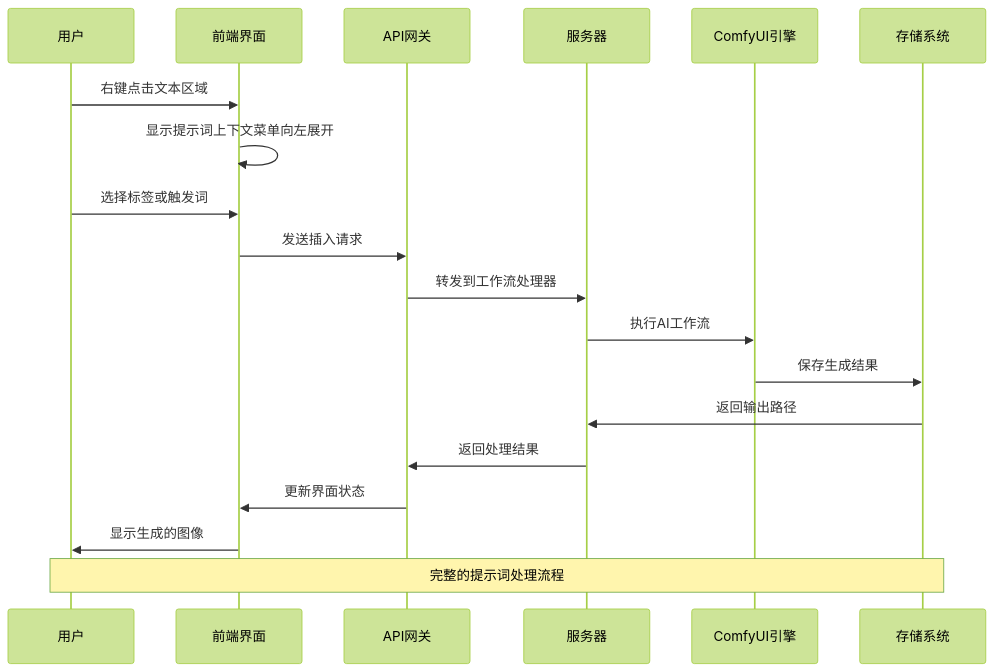
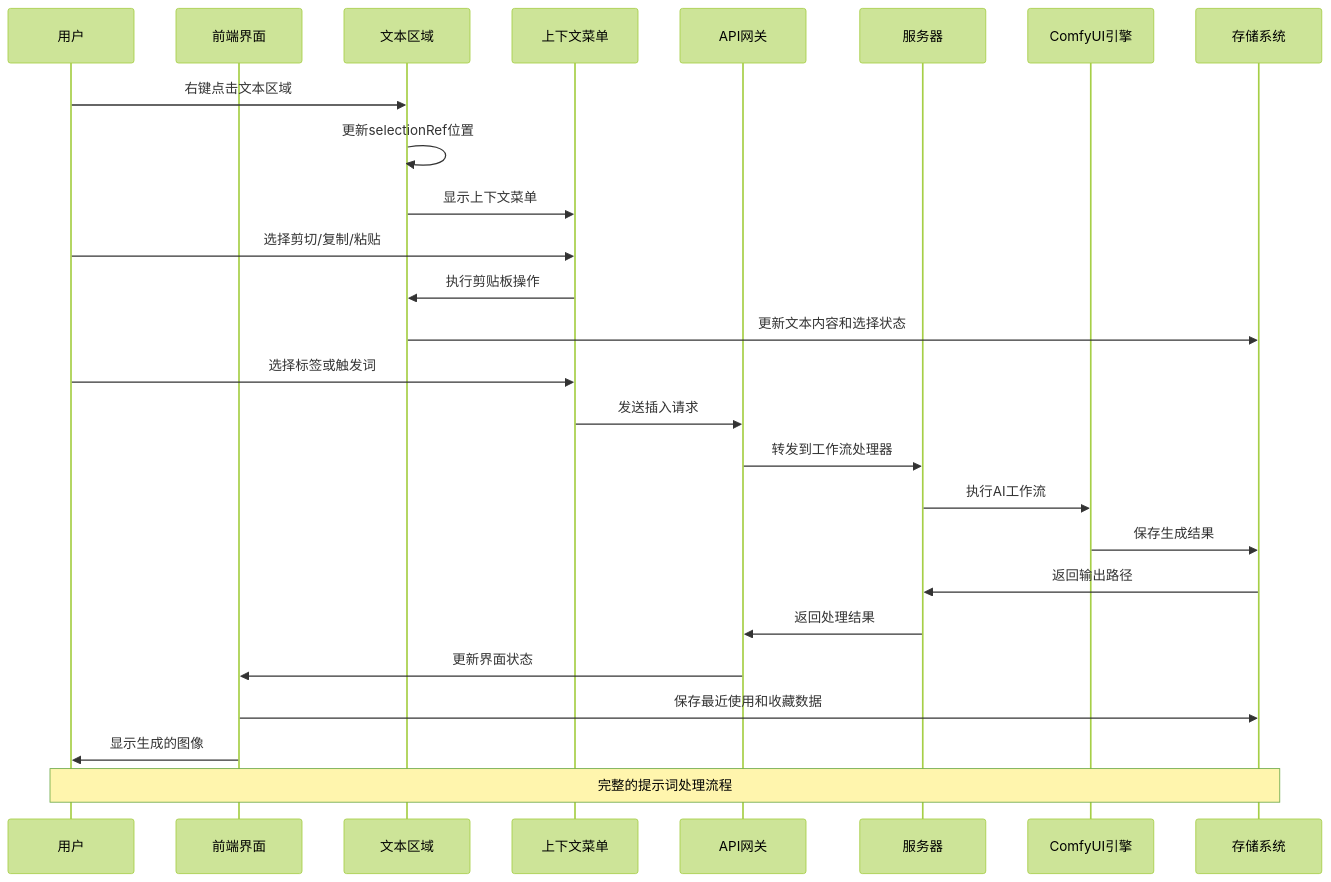
Before and after one commit to billye220670/CorineKit_Pix2Real: the second of 17 diagrams in .qoder/repowiki/zh/content/用户界面组件/提示词上下文菜单.md, drawn with Mermaid (forest theme). The commit also changed other lines of this file and 49 other files, not shown here.

Commit message:
chore: update repowiki, metadata thumbnails, prompt context menu, and AI agent requirement docs

````diff
--- a/.qoder/repowiki/zh/content/用户界面组件/提示词上下文菜单.md
+++ b/.qoder/repowiki/zh/content/用户界面组件/提示词上下文菜单.md
@@ -120,21 +153,28 @@
 ```mermaid
 sequenceDiagram
 participant User as 用户
 participant UI as 前端界面
+participant Textarea as 文本区域
+participant ContextMenu as 上下文菜单
 participant API as API网关
 participant Server as 服务器
 participant Comfy as ComfyUI引擎
 participant Storage as 存储系统
-User->>UI : 右键点击文本区域
-UI->>UI : 显示提示词上下文菜单向左展开
-User->>UI : 选择标签或触发词
-UI->>API : 发送插入请求
+User->>Textarea : 右键点击文本区域
+Textarea->>Textarea : 更新selectionRef位置
+Textarea->>ContextMenu : 显示上下文菜单
+User->>ContextMenu : 选择剪切/复制/粘贴
+ContextMenu->>Textarea : 执行剪贴板操作
+Textarea->>Storage : 更新文本内容和选择状态
+User->>ContextMenu : 选择标签或触发词
+ContextMenu->>API : 发送插入请求
 API->>Server : 转发到工作流处理器
 Server->>Comfy : 执行AI工作流
 Comfy->>Storage : 保存生成结果
 Storage->>Server : 返回输出路径
 Server->>API : 返回处理结果
 API->>UI : 更新界面状态
+UI->>Storage : 保存最近使用和收藏数据
 UI->>User : 显示生成的图像
 Note over User,Storage : 完整的提示词处理流程
 ```
````
